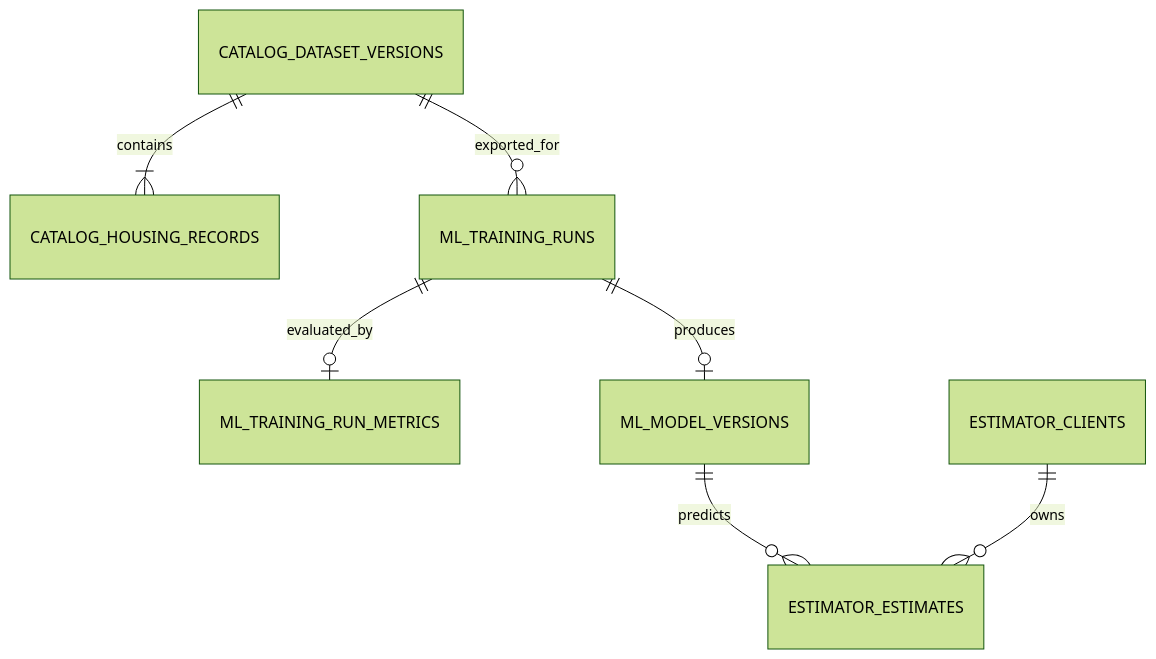
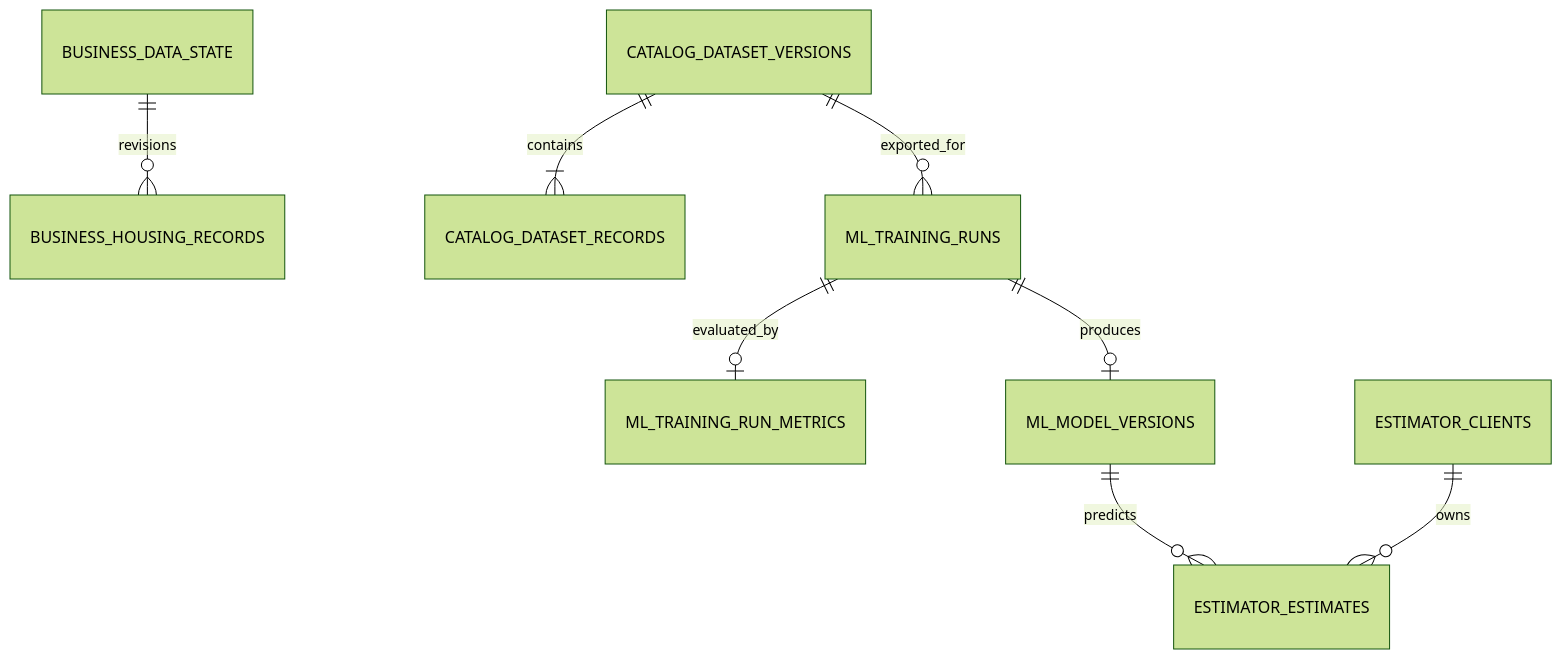
The second of 2 diagrams in docs/data-schema.md (ChenhuaFan/house-price-estimator), drawn with Mermaid (forest theme) before and after one commit. The commit also changed other lines of this file and 74 other files, not shown here.

Commit message:
refactor: separate live business data from training datasets

````diff
--- a/docs/data-schema.md
+++ b/docs/data-schema.md
@@ -126,9 +144,10 @@
 ```mermaid
 erDiagram
-    CATALOG_DATASET_VERSIONS ||--|{ CATALOG_HOUSING_RECORDS : contains
+    BUSINESS_DATA_STATE ||--o{ BUSINESS_HOUSING_RECORDS : revisions
+    CATALOG_DATASET_VERSIONS ||--|{ CATALOG_DATASET_RECORDS : contains
     CATALOG_DATASET_VERSIONS ||--o{ ML_TRAINING_RUNS : exported_for
     ML_TRAINING_RUNS ||--o| ML_TRAINING_RUN_METRICS : evaluated_by
     ML_TRAINING_RUNS ||--o| ML_MODEL_VERSIONS : produces
     ML_MODEL_VERSIONS ||--o{ ESTIMATOR_ESTIMATES : predicts
     ESTIMATOR_CLIENTS ||--o{ ESTIMATOR_ESTIMATES : owns
 ```
````
